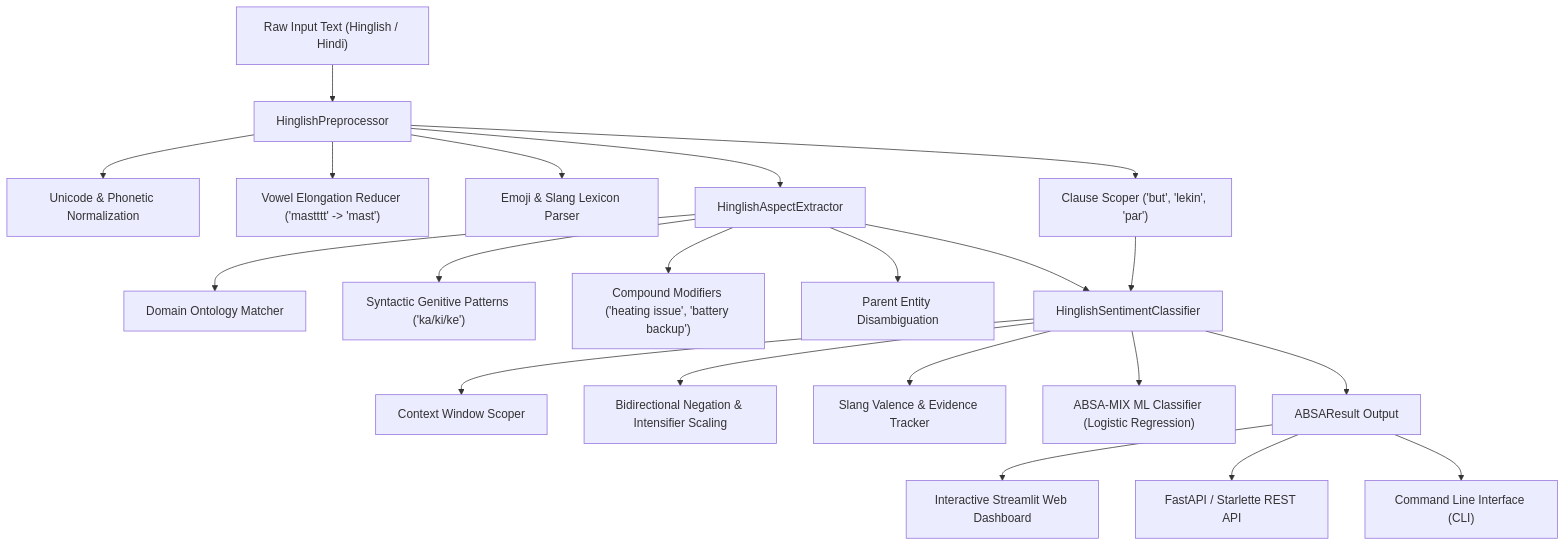
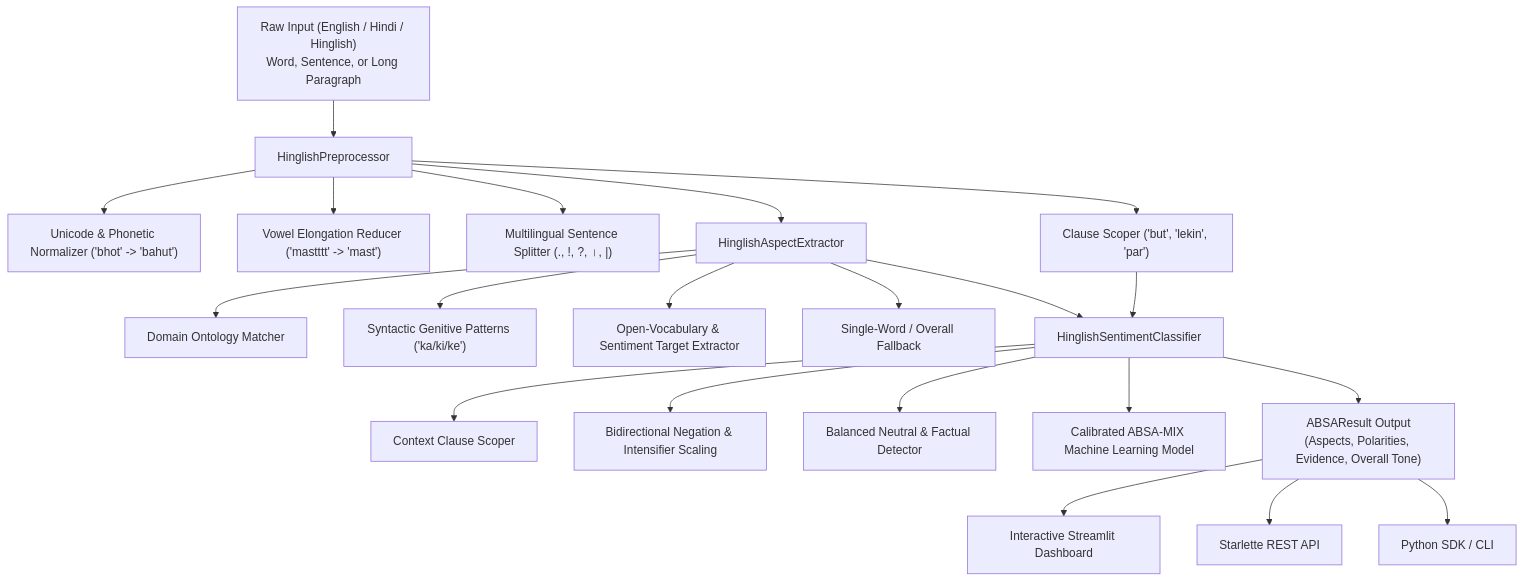
The diagram in README.md (araikwar745/PROJECT), drawn with Mermaid before and after one commit. The commit also changed other lines of this file and 16 other files, not shown here.

Commit message:
feat: complete Hinglish Aspect-Based Sentiment Analysis pipeline with multilingual, slang, neutral calibration, and API key support

````diff
--- a/README.md
+++ b/README.md
@@ -39,26 +46,26 @@
 ```mermaid
 flowchart TD
-    A["Raw Input Text (Hinglish / Hindi)"] --> B["HinglishPreprocessor"]
-    B --> B1["Unicode & Phonetic Normalization"]
+    A["Raw Input (English / Hindi / Hinglish)\nWord, Sentence, or Long Paragraph"] --> B["HinglishPreprocessor"]
+    B --> B1["Unicode & Phonetic Normalizer ('bhot' -> 'bahut')"]
     B --> B2["Vowel Elongation Reducer ('mastttt' -> 'mast')"]
-    B --> B3["Emoji & Slang Lexicon Parser"]
+    B --> B3["Multilingual Sentence Splitter (., !, ?, ।, |)"]
     B --> B4["Clause Scoper ('but', 'lekin', 'par')"]
 
     B --> C["HinglishAspectExtractor"]
     C --> C1["Domain Ontology Matcher"]
     C --> C2["Syntactic Genitive Patterns ('ka/ki/ke')"]
-    C --> C3["Compound Modifiers ('heating issue', 'battery backup')"]
-    C --> C4["Parent Entity Disambiguation"]
+    C --> C3["Open-Vocabulary & Sentiment Target Extractor"]
+    C --> C4["Single-Word / Overall Fallback"]
 
-    C --> D["HinglishSentimentClassifier"]
-    B4 --> D
-    D --> D1["Context Window Scoper"]
+    B4 --> D["HinglishSentimentClassifier"]
+    C --> D
+    D --> D1["Context Clause Scoper"]
     D --> D2["Bidirectional Negation & Intensifier Scaling"]
-    D --> D3["Slang Valence & Evidence Tracker"]
-    D --> D4["ABSA-MIX ML Classifier (Logistic Regression)"]
+    D --> D3["Balanced Neutral & Factual Detector"]
+    D --> D4["Calibrated ABSA-MIX Machine Learning Model"]
 
-    D --> E["ABSAResult Output"]
-    E --> F1["Interactive Streamlit Web Dashboard"]
-    E --> F2["FastAPI / Starlette REST API"]
-    E --> F3["Command Line Interface (CLI)"]
+    D --> E["ABSAResult Output\n(Aspects, Polarities, Evidence, Overall Tone)"]
+    E --> F1["Interactive Streamlit Dashboard"]
+    E --> F2["Starlette REST API"]
+    E --> F3["Python SDK / CLI"]
 ```
````
